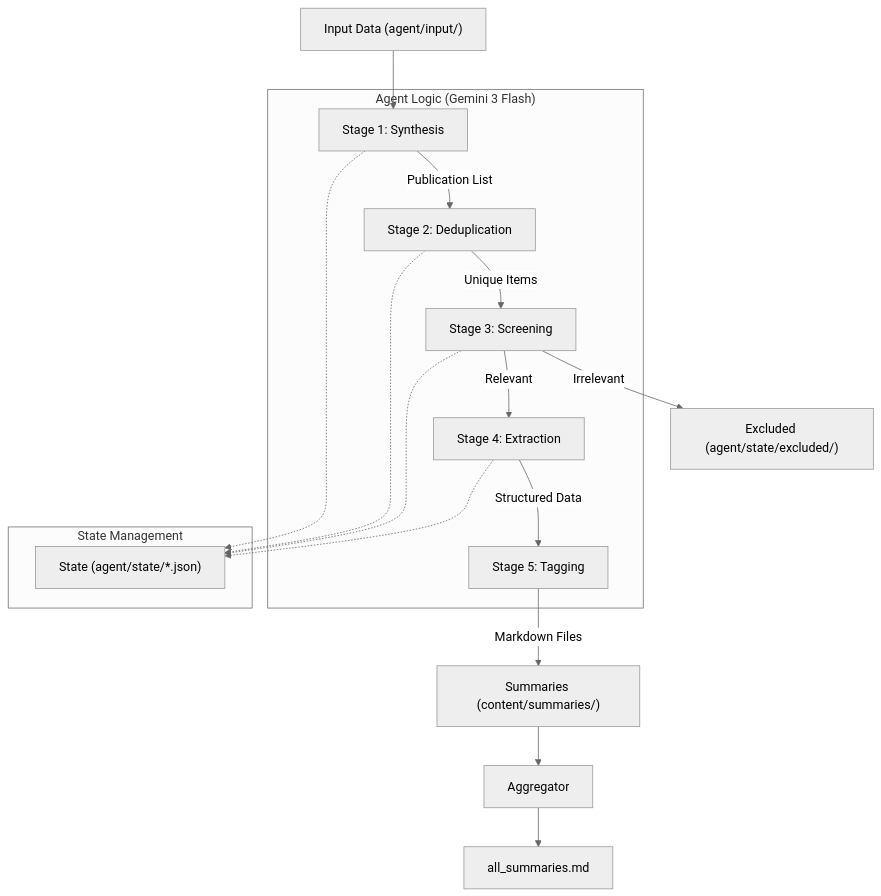
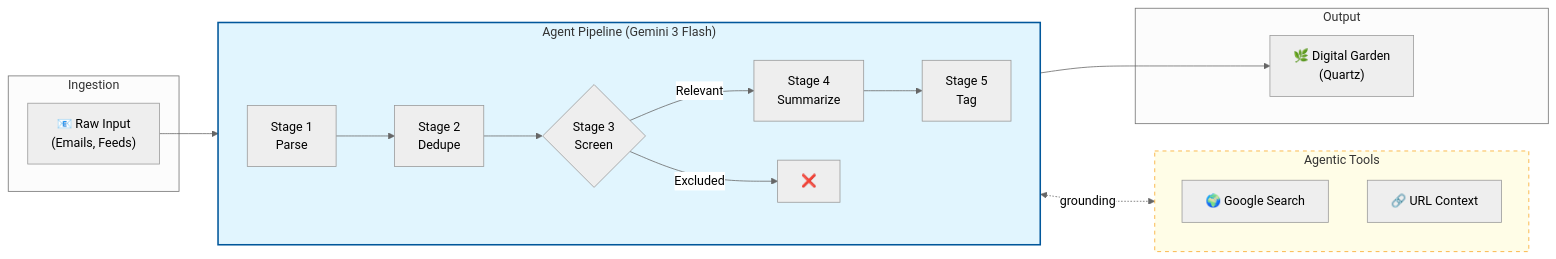
One commit to Hanneseh/ME-CFS-Research-Summaries changed the diagram in README.md. Above: the diagram before and after it, drawn with Mermaid (neutral theme). The commit also changed other lines of this file, not shown here.

Commit message:
refined agent docs

````diff
--- a/README.md
+++ b/README.md
@@ -34,32 +32,31 @@
 ```mermaid
-graph TD
-    Input["Input Data (agent/input/)"] --> S1["Stage 1: Synthesis"]
-    S1 -->|"Publication List"| S2["Stage 2: Deduplication"]
-    S2 -->|"Unique Items"| S3["Stage 3: Screening"]
-    
-    subgraph "Agent Logic (Gemini 3 Flash)"
-    S1
-    S2
-    S3
-    S4["Stage 4: Extraction"]
-    S5["Stage 5: Tagging"]
+flowchart LR
+    subgraph Ingestion
+        A["📧 Raw Input<br/>(Emails, Feeds)"]
     end
-    
-    S3 -->|"Relevant"| S4
-    S3 -->|"Irrelevant"| Excl["Excluded (agent/state/excluded/)"]
-    
-    S4 -->|"Structured Data"| S5
-    S5 -->|"Markdown Files"| Content["Summaries (content/summaries/)"]
-    
-    Content --> Agg["Aggregator"]
-    Agg --> Final["all_summaries.md"]
-    
-    subgraph "State Management"
-    State["State (agent/state/*.json)"]
+
+    subgraph Pipeline["Agent Pipeline (Gemini 3 Flash)"]
+        direction LR
+        S1["Stage 1<br/>Parse"] --> S2["Stage 2<br/>Dedupe"]
+        S2 --> S3{"Stage 3<br/>Screen"}
+        S3 -- Relevant --> S4["Stage 4<br/>Summarize"]
+        S3 -- Excluded --> X["❌"]
+        S4 --> S5["Stage 5<br/>Tag"]
     end
-    
-    S1 -.-> State
-    S2 -.-> State
-    S3 -.-> State
-    S4 -.-> State
+
+    subgraph Tools["Agentic Tools"]
+        T1["🌍 Google Search"]
+        T2["🔗 URL Context"]
+    end
+
+    subgraph Output
+        O["🌿 Digital Garden<br/>(Quartz)"]
+    end
+
+    A --> S1
+    S4 <-. grounding .-> Tools
+    S5 --> O
+
+    style Pipeline fill:#e1f5fe,stroke:#01579b,stroke-width:2px
+    style Tools fill:#fffde7,stroke:#f9a825,stroke-width:1px,stroke-dasharray: 5 5
 ```
````
